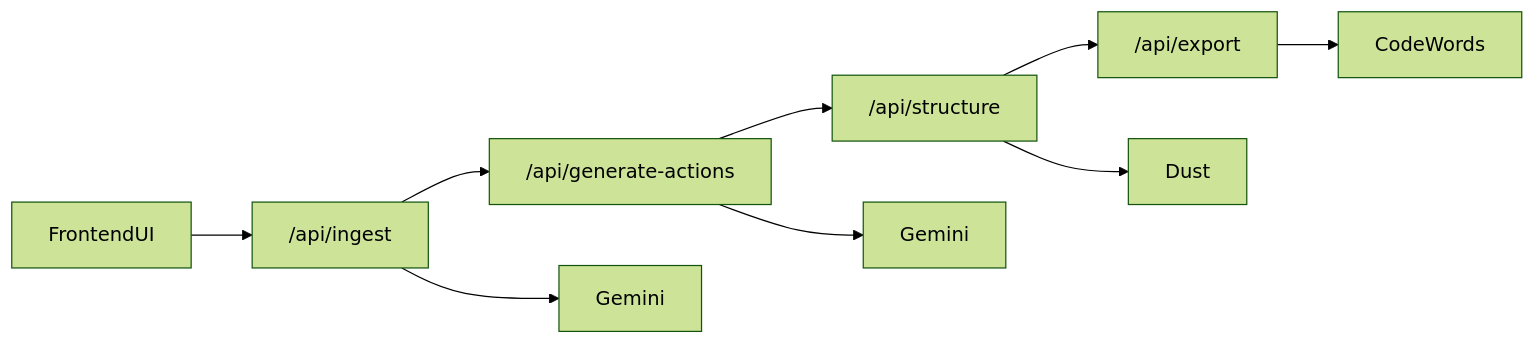
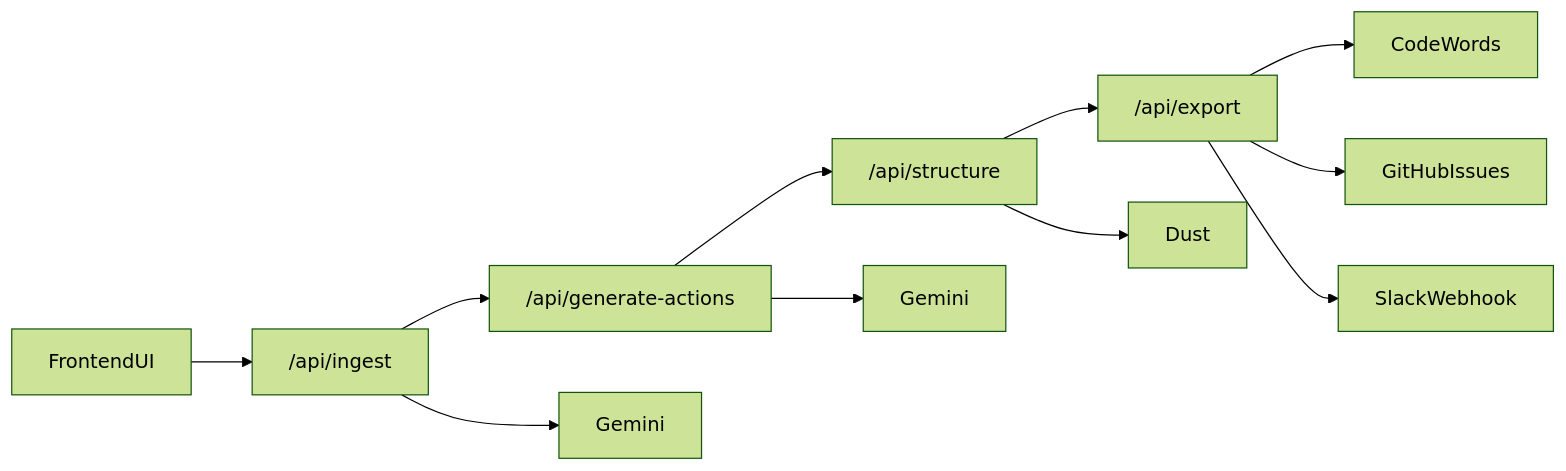
Before and after one commit to huang-jiaming/londonaihackathon: the diagram in docs/ENGINEERING_PLAN.md, drawn with Mermaid (forest theme). The commit also changed other lines of this file and 6 other files, not shown here.

````diff
--- a/docs/ENGINEERING_PLAN.md
+++ b/docs/ENGINEERING_PLAN.md
@@ -14,12 +14,14 @@
 ```mermaid
 flowchart LR
     uiClient[FrontendUI] --> step1Api["/api/ingest"]
     step1Api --> step2Api["/api/generate-actions"]
     step2Api --> step3Api["/api/structure"]
     step3Api --> step4Api["/api/export"]
 
     step1Api --> geminiA[Gemini]
     step2Api --> geminiB[Gemini]
     step3Api --> dustSvc[Dust]
     step4Api --> codewordsSvc[CodeWords]
+    step4Api --> githubSvc[GitHubIssues]
+    step4Api --> slackSvc[SlackWebhook]
 ```
````
